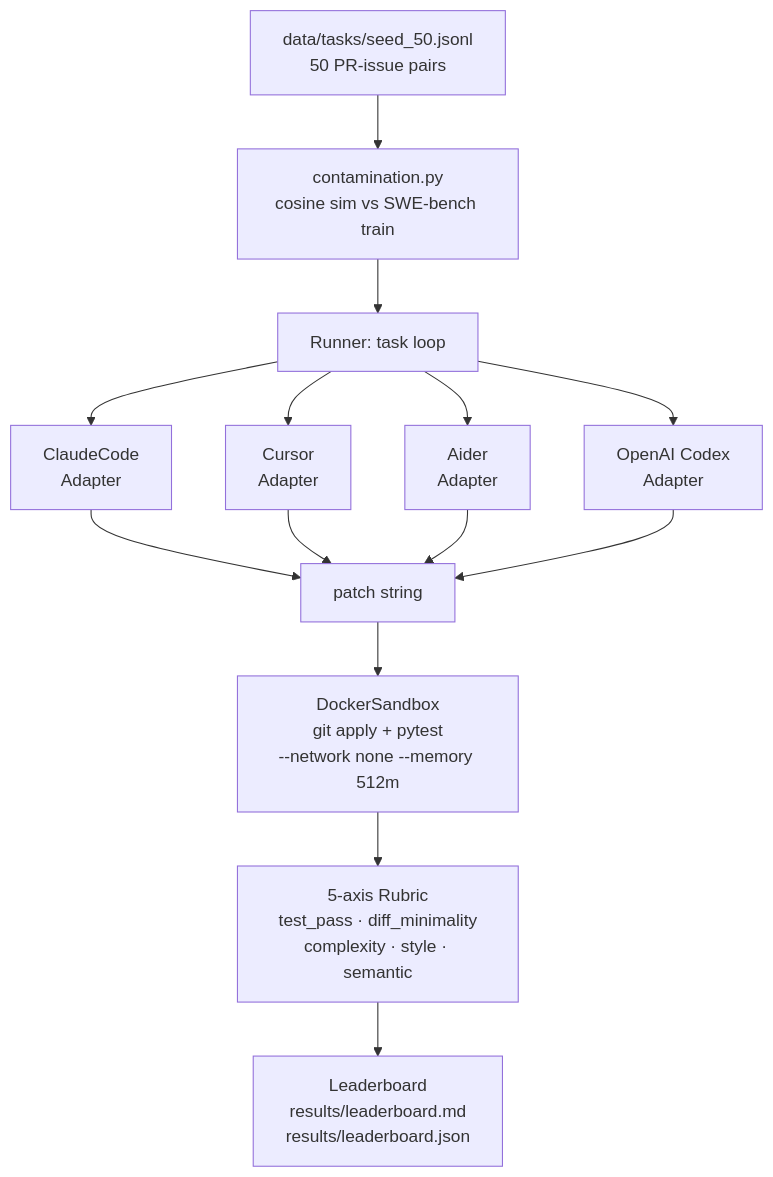
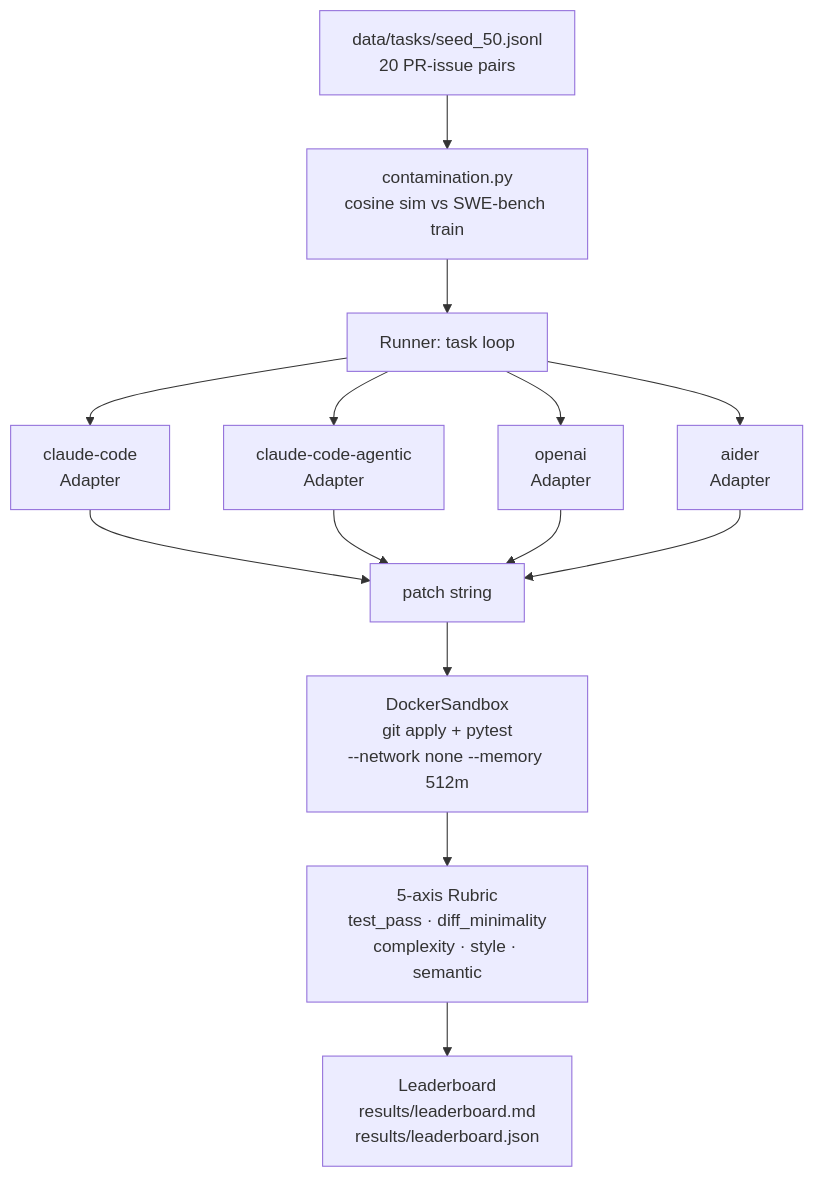
The diagram in README.md (SebAustin/coding-agent-eval-harness), drawn with Mermaid before and after one commit. The commit also changed other lines of this file and 13 other files, not shown here.

````diff
--- a/README.md
+++ b/README.md
@@ -23,13 +23,13 @@
 ```mermaid
 flowchart TD
-    D[data/tasks/seed_50.jsonl\n50 PR-issue pairs] --> C[contamination.py\ncosine sim vs SWE-bench train]
+    D[data/tasks/seed_50.jsonl\n20 PR-issue pairs] --> C[contamination.py\ncosine sim vs SWE-bench train]
     C --> R[Runner: task loop]
-    R --> A1[ClaudeCode\nAdapter]
-    R --> A2[Cursor\nAdapter]
-    R --> A3[Aider\nAdapter]
-    R --> A4[OpenAI Codex\nAdapter]
+    R --> A1[claude-code\nAdapter]
+    R --> A2[claude-code-agentic\nAdapter]
+    R --> A3[openai\nAdapter]
+    R --> A4[aider\nAdapter]
     A1 & A2 & A3 & A4 --> P[patch string]
     P --> S[DockerSandbox\ngit apply + pytest\n--network none --memory 512m]
     S --> RB[5-axis Rubric\ntest_pass · diff_minimality\ncomplexity · style · semantic]
     RB --> L[Leaderboard\nresults/leaderboard.md\nresults/leaderboard.json]
 ```
````
